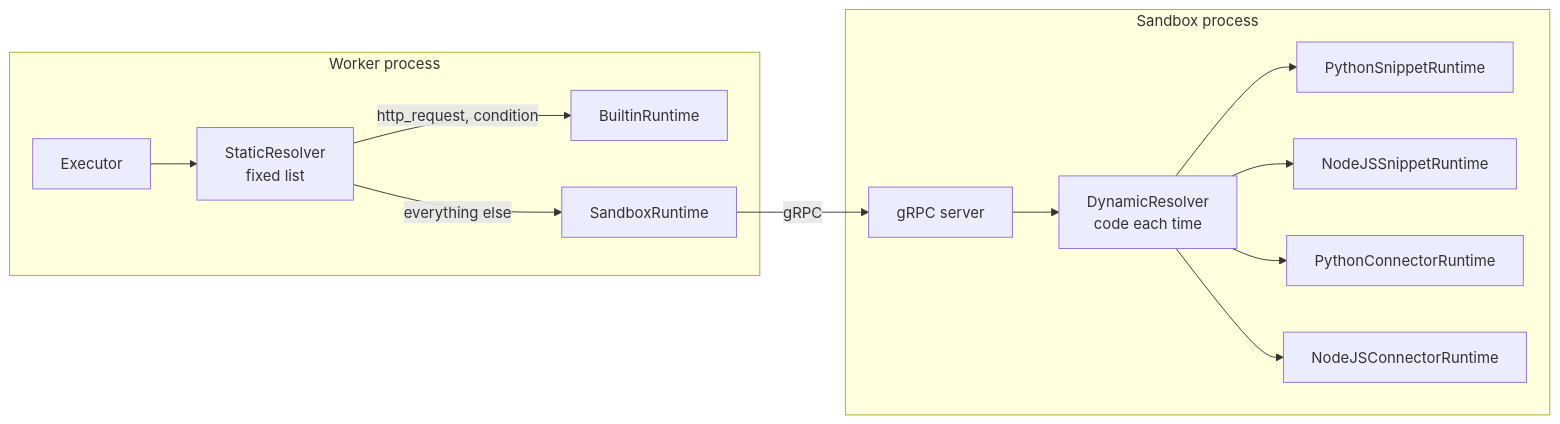
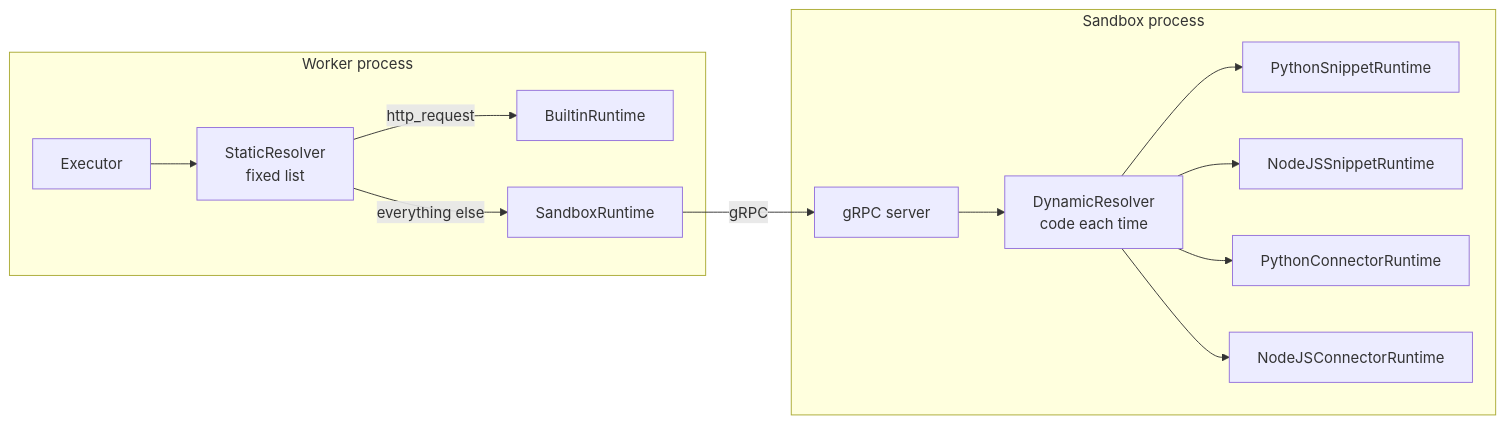
One commit to yuudev14/workflow changed the diagram in docs/runtime-resolver.md. Above: the diagram before and after it, drawn with Mermaid. The commit also changed other lines of this file and 15 other files, not shown here.

````diff
--- a/docs/runtime-resolver.md
+++ b/docs/runtime-resolver.md
@@ -99,16 +99,16 @@
 ```mermaid
 flowchart LR
     subgraph WORKER ["Worker process"]
         EX[Executor] --> SR["StaticResolver<br/>fixed list"]
-        SR -- "http_request, condition" --> BR[BuiltinRuntime]
+        SR -- "http_request" --> BR[BuiltinRuntime]
         SR -- "everything else" --> SBR[SandboxRuntime]
     end
     subgraph SANDBOX ["Sandbox process"]
         GS[gRPC server] --> DR["DynamicResolver<br/>code each time"]
         DR --> PS[PythonSnippetRuntime]
         DR --> NS[NodeJSSnippetRuntime]
         DR --> PC[PythonConnectorRuntime]
         DR --> NC[NodeJSConnectorRuntime]
     end
     SBR -- "gRPC" --> GS
 ```
````
